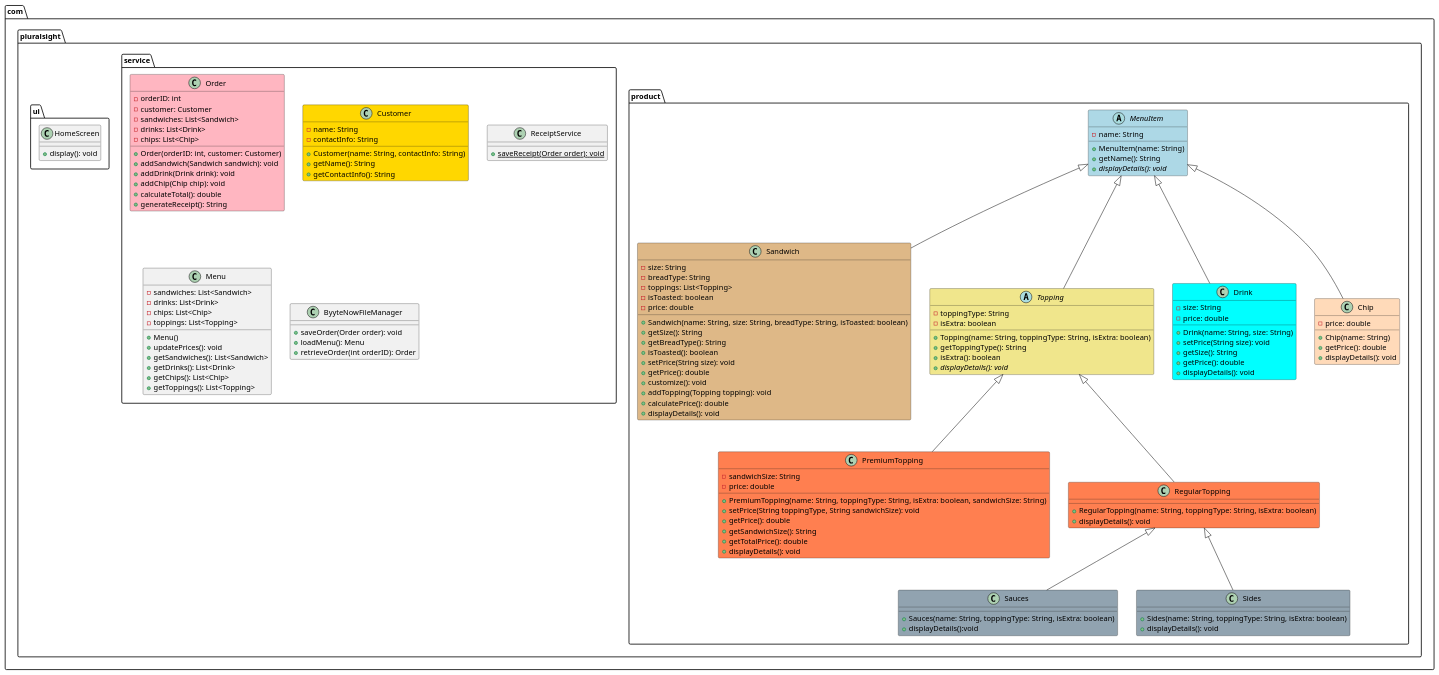
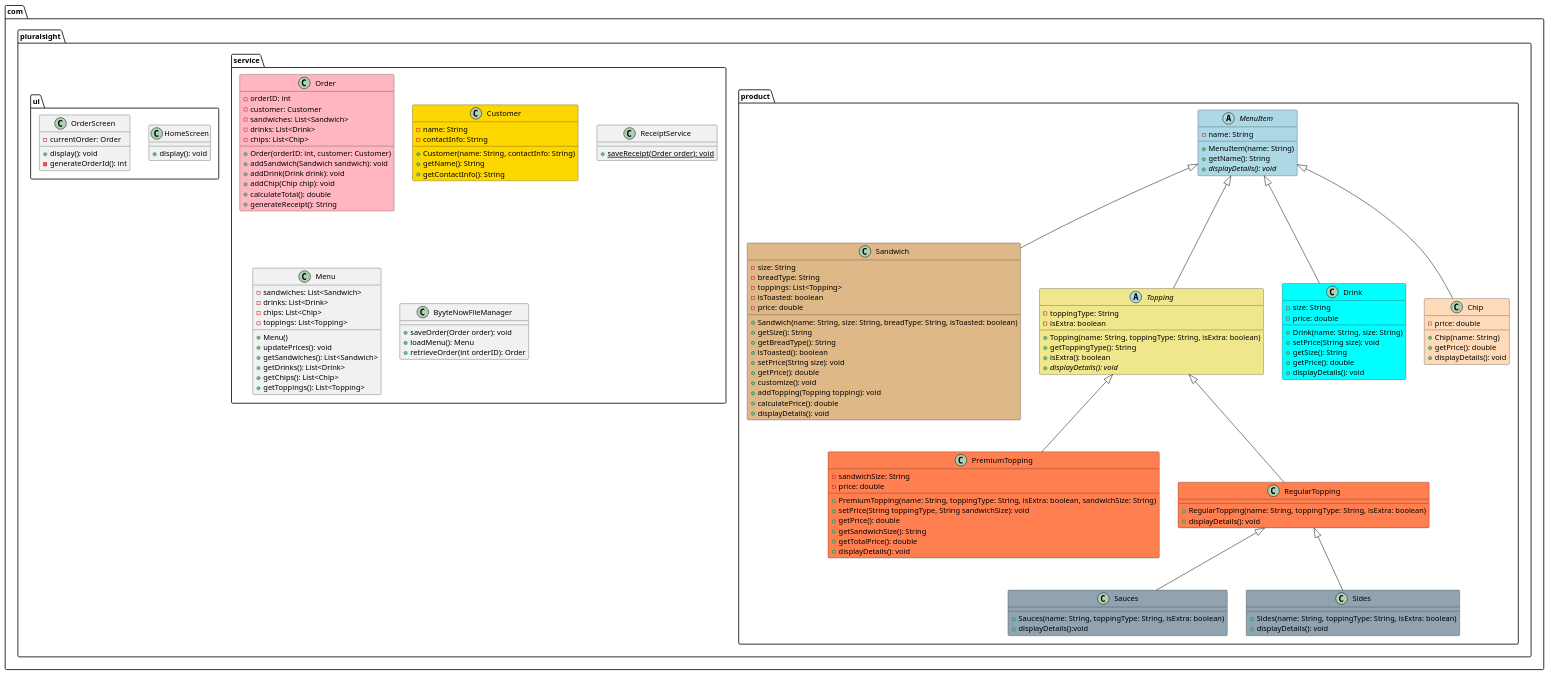
Before and after one commit to Ptunda/byyte-now: the diagram in src/main/java/com/pluralsight/byyte-now.puml, drawn with PlantUML. The commit also changed 1 other file, not shown here.

Commit message:
Created an OrderScreen class to handle order creation and management

```diff
--- a/src/main/java/com/pluralsight/byyte-now.puml
+++ b/src/main/java/com/pluralsight/byyte-now.puml
@@ -1,167 +1,173 @@
 @startuml
 package com.pluralsight{
 
 package com.pluralsight.product{
 
 abstract class MenuItem #lightblue{
 -name: String
 
 +MenuItem(name: String)
 +getName(): String
 +{abstract} displayDetails(): void
 
 }
 
 class Sandwich #DEB887 extends MenuItem{
 -size: String
 -breadType: String
 -toppings: List<Topping>
 -isToasted: boolean
 -price: double
 
 +Sandwich(name: String, size: String, breadType: String, isToasted: boolean)
 +getSize(): String
 +getBreadType(): String
 +isToasted(): boolean
 +setPrice(String size): void
 +getPrice(): double
 +customize(): void
 +addTopping(Topping topping): void
 +calculatePrice(): double
 +displayDetails(): void
 }
 
 abstract class Topping #F0E68C extends MenuItem {
 -toppingType: String
 -isExtra: boolean
 +Topping(name: String, toppingType: String, isExtra: boolean)
 +getToppingType(): String
 +isExtra(): boolean
 +{abstract} displayDetails(): void
 }
 
 class Drink #00FFFF extends MenuItem {
 -size: String
 -price: double
 
 +Drink(name: String, size: String)
 +setPrice(String size): void
 +getSize(): String
 +getPrice(): double
 +displayDetails(): void
 }
 
 class Chip #FFDAB9 extends MenuItem {
 -price: double
 
 +Chip(name: String)
 +getPrice(): double
 +displayDetails(): void
 }
 
 
 class PremiumTopping #FF7F50 extends Topping {
 -sandwichSize: String
 -price: double
 +PremiumTopping(name: String, toppingType: String, isExtra: boolean, sandwichSize: String)
 +setPrice(String toppingType, String sandwichSize): void
 +getPrice(): double
 +getSandwichSize(): String
 +getTotalPrice(): double
 +displayDetails(): void
 }
 
 class RegularTopping #FF7F50 extends Topping {
 +RegularTopping(name: String, toppingType: String, isExtra: boolean)
 +displayDetails(): void
 }
 
 class Sauces #91A3B0 extends RegularTopping{
 
 +Sauces(name: String, toppingType: String, isExtra: boolean)
 +displayDetails():void
 
 }
 
 class Sides #91A3B0 extends RegularTopping{
 
 +Sides(name: String, toppingType: String, isExtra: boolean)
 +displayDetails(): void
 }
 
 
 }
 
 package com.pluralsight.service{
 
 class Order #FFB6C1 {
 -orderID: int
 -customer: Customer
 -sandwiches: List<Sandwich>
 -drinks: List<Drink>
 -chips: List<Chip>
 
 +Order(orderID: int, customer: Customer)
 +addSandwich(Sandwich sandwich): void
 +addDrink(Drink drink): void
 +addChip(Chip chip): void
 +calculateTotal(): double
 +generateReceipt(): String
 }
 
 class Customer #FFD700{
 -name: String
 -contactInfo: String
 
 +Customer(name: String, contactInfo: String)
 +getName(): String
 +getContactInfo(): String
 }
 
 class ReceiptService{
 
 +{static}saveReceipt(Order order): void
 
 }
 
 class Menu {
 -sandwiches: List<Sandwich>
 -drinks: List<Drink>
 -chips: List<Chip>
 -toppings: List<Topping>
 
 + Menu()
 +updatePrices(): void
 +getSandwiches(): List<Sandwich>
 +getDrinks(): List<Drink>
 +getChips(): List<Chip>
 +getToppings(): List<Topping>
 
 }
 
 class ByyteNowFileManager {
 +saveOrder(Order order): void
 +loadMenu(): Menu
 +retrieveOrder(int orderID): Order
 }
 
 
 }
 
 package com.pluralsight.ui{
 
 
 class HomeScreen {
 
 +display(): void
 
 }
 
+class OrderScreen {
+
+-currentOrder: Order
+
++display(): void
+-generateOrderId(): int
 
 }
 
 
 }
 
 
 @enduml
```
